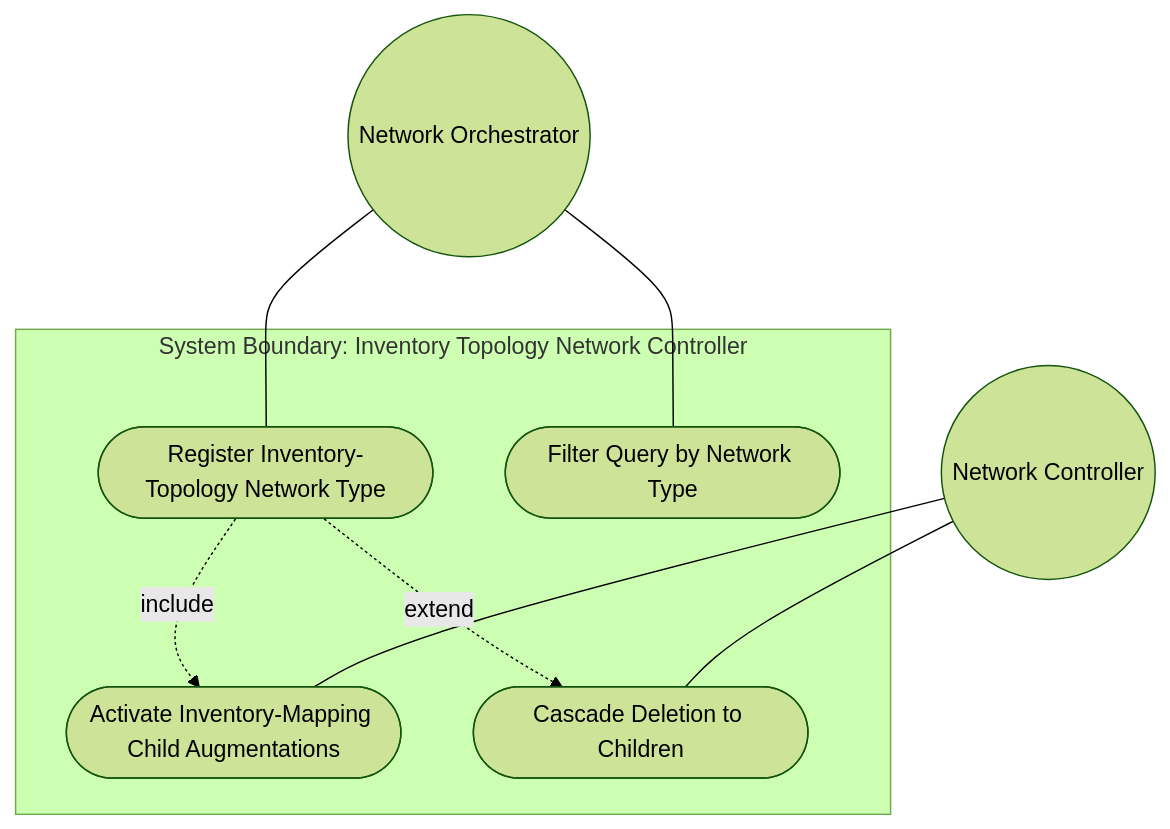
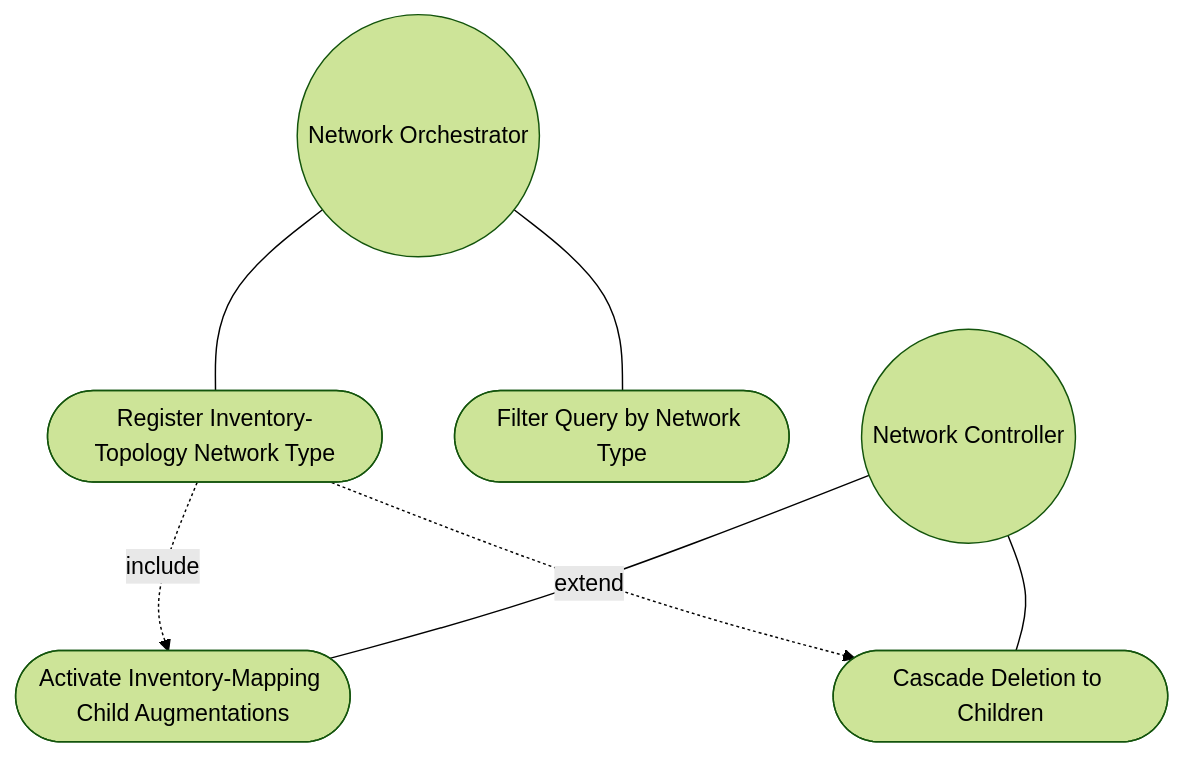
One commit to gintatkinson/3dgs-030 changed the first of 2 diagrams in docs/use-cases/uc-14-register-inventory-topology-network-type.md. Above: the diagram before and after it, drawn with Mermaid (forest theme). The commit also changed 20 other files, not shown here.

First line of the commit message:
fix: repair Mermaid rendering across all 18 use cases and 5 topology features

````diff
--- a/docs/use-cases/uc-14-register-inventory-topology-network-type.md
+++ b/docs/use-cases/uc-14-register-inventory-topology-network-type.md
@@ -74,15 +74,13 @@
 ```mermaid
 graph TD
-    subgraph "System Boundary: Inventory Topology Network Controller"
         UC_Reg([Register Inventory-Topology Network Type])
         UC_Activate([Activate Inventory-Mapping Child Augmentations])
         UC_Filter([Filter Query by Network Type])
         UC_Cascade([Cascade Deletion to Children])
-    end
     Orchestrator((Network Orchestrator)) --- UC_Reg
     Orchestrator --- UC_Filter
     UC_Reg -. "include" .-> UC_Activate
     UC_Reg -. "extend" .-> UC_Cascade
     NwController((Network Controller)) --- UC_Activate
     NwController --- UC_Cascade
 ```
````
